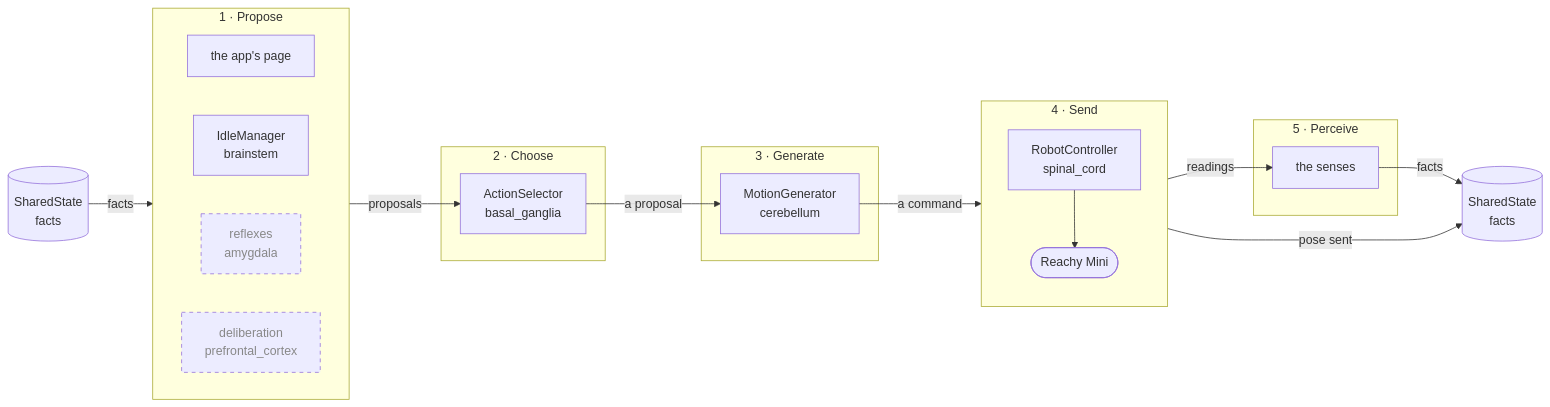
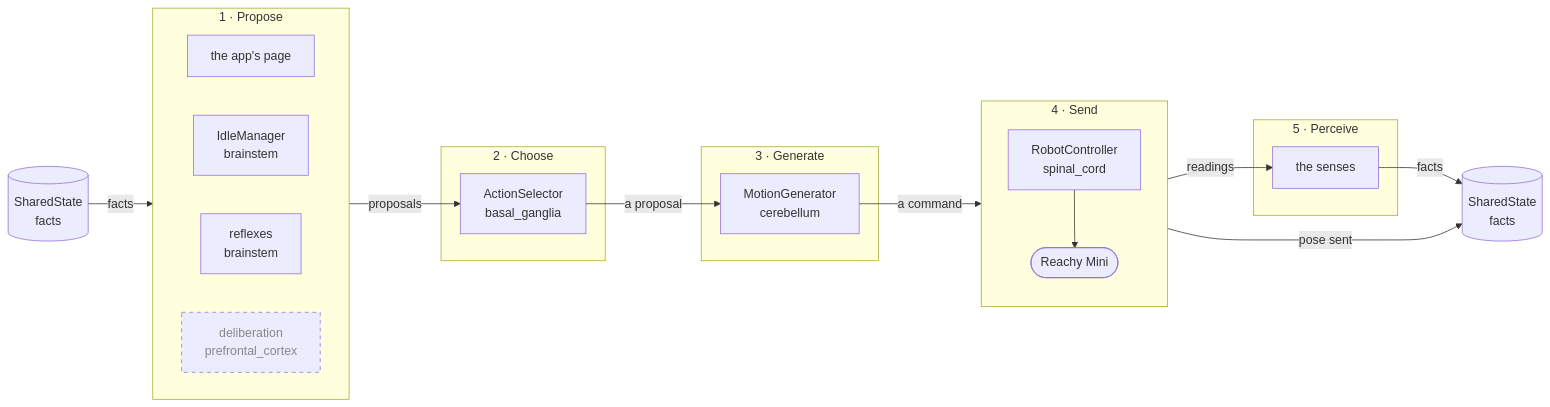
Before and after one commit to HTurlet15/reachy_alive: the diagram in ARCHITECTURE.md, drawn with Mermaid. The commit also changed other lines of this file and 1 other file, not shown here.

Commit message:
docs: the reflexes live in the brainstem

````diff
--- a/ARCHITECTURE.md
+++ b/ARCHITECTURE.md
@@ -44,35 +44,35 @@
 ```mermaid
 flowchart LR
     stateRead[("SharedState<br/>facts")]
     subgraph decide["1 · Propose"]
         direction LR
         page["the app's page"]
         idle["IdleManager<br/>brainstem"]
-        reflexes["reflexes<br/>amygdala"]:::later
+        reflexes["reflexes<br/>brainstem"]
         cortex["deliberation<br/>prefrontal_cortex"]:::later
     end
     subgraph choose["2 · Choose"]
         selector["ActionSelector<br/>basal_ganglia"]
     end
     subgraph generate["3 · Generate"]
         generator["MotionGenerator<br/>cerebellum"]
     end
     subgraph send["4 · Send"]
         direction TB
         controller["RobotController<br/>spinal_cord"] --> robot(["Reachy Mini"])
     end
     subgraph perceive["5 · Perceive"]
         senses["the senses"]
     end
     state[("SharedState<br/>facts")]
 
     stateRead -->|facts| decide
     decide -->|proposals| selector
     selector -->|a proposal| generator
     generator -->|a command| controller
     robot -->|readings| senses
     senses -->|facts| state
     controller -->|pose sent| state
 
     classDef later stroke-dasharray: 5 5,color:#888
 ```
````
